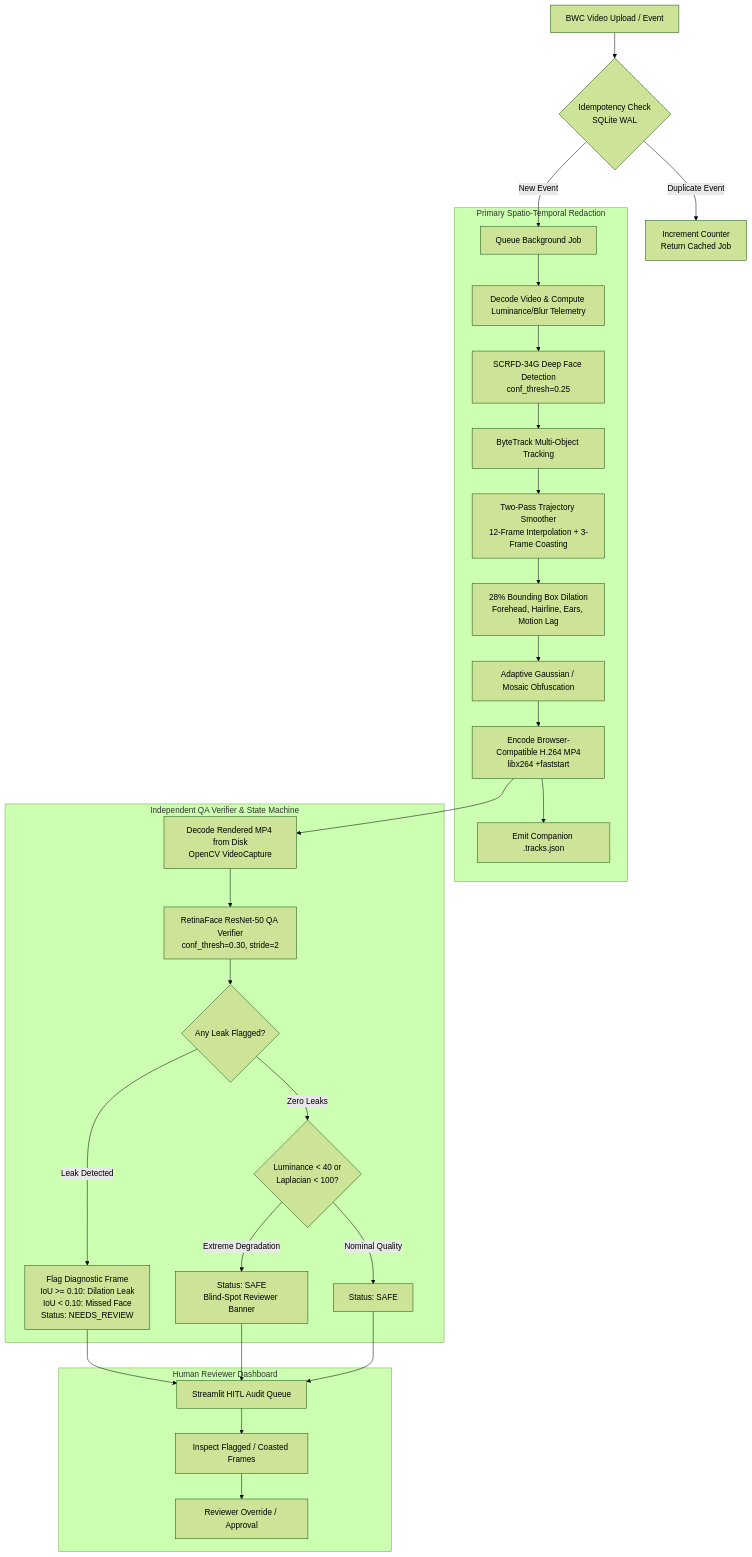
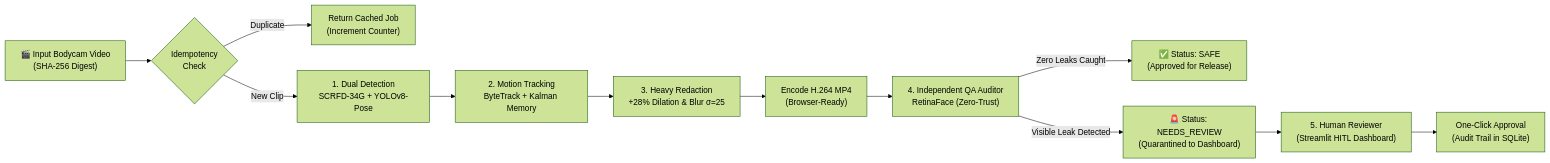
The diagram in README.md (viswarup/face-redaction-pipeline), drawn with Mermaid (forest theme) before and after one commit. The commit also changed other lines of this file and 1 other file, not shown here.

Commit message:
docs: embed end-to-end pipeline diagram and update table numbering in README

````diff
--- a/README.md
+++ b/README.md
@@ -25,35 +34,17 @@
 ```mermaid
-flowchart TD
-    A[BWC Video Upload / Event] --> B{Idempotency Check\nSQLite WAL}
-    B -- Duplicate Event --> C[Increment Counter\nReturn Cached Job]
-    B -- New Event --> D[Queue Background Job]
+flowchart LR
+    A["🎬 Input Bodycam Video\n(SHA-256 Digest)"] --> B{"Idempotency\nCheck"}
+    B -- "Duplicate" --> C["Return Cached Job\n(Increment Counter)"]
+    B -- "New Clip" --> D["1. Dual Detection\nSCRFD-34G + YOLOv8-Pose"]
     
-    subgraph Primary Spatio-Temporal Redaction
-        D --> E[Decode Video & Compute Luminance/Blur Telemetry]
-        E --> F[SCRFD-34G Deep Face Detection\nconf_thresh=0.25]
-        F --> G[ByteTrack Multi-Object Tracking]
-        G --> H[Two-Pass Trajectory Smoother\n12-Frame Interpolation + 3-Frame Coasting]
-        H --> I[28% Bounding Box Dilation\nForehead, Hairline, Ears, Motion Lag]
-        I --> J[Adaptive Gaussian / Mosaic Obfuscation]
-        J --> K[Encode Browser-Compatible H.264 MP4\nlibx264 +faststart]
-        K --> L[Emit Companion .tracks.json]
-    end
+    D --> E["2. Motion Tracking\nByteTrack + Kalman Memory"]
+    E --> F["3. Heavy Redaction\n+28% Dilation & Blur σ=25"]
+    F --> G["Encode H.264 MP4\n(Browser-Ready)"]
     
-    subgraph Independent QA Verifier & State Machine
-        K --> M[Decode Rendered MP4 from Disk\nOpenCV VideoCapture]
-        M --> N[RetinaFace ResNet-50 QA Verifier\nconf_thresh=0.30, stride=2]
-        N --> O{Any Leak Flagged?}
-        O -- Leak Detected --> P[Flag Diagnostic Frame\nIoU >= 0.10: Dilation Leak\nIoU < 0.10: Missed Face\nStatus: NEEDS_REVIEW]
-        O -- Zero Leaks --> Q{Luminance < 40 or\nLaplacian < 100?}
-        Q -- Extreme Degradation --> R[Status: SAFE\nBlind-Spot Reviewer Banner]
-        Q -- Nominal Quality --> S[Status: SAFE]
-    end
+    G --> H["4. Independent QA Auditor\nRetinaFace (Zero-Trust)"]
+    H -- "Zero Leaks Caught" --> I["✅ Status: SAFE\n(Approved for Release)"]
+    H -- "Visible Leak Detected" --> J["🚨 Status: NEEDS_REVIEW\n(Quarantined to Dashboard)"]
     
-    subgraph Human Reviewer Dashboard
-        P --> T[Streamlit HITL Audit Queue]
-        R --> T
-        S --> T
-        T --> U[Inspect Flagged / Coasted Frames]
-        U --> V[Reviewer Override / Approval]
-    end
+    J --> K["5. Human Reviewer\n(Streamlit HITL Dashboard)"]
+    K --> L["One-Click Approval\n(Audit Trail in SQLite)"]
 ```
````
